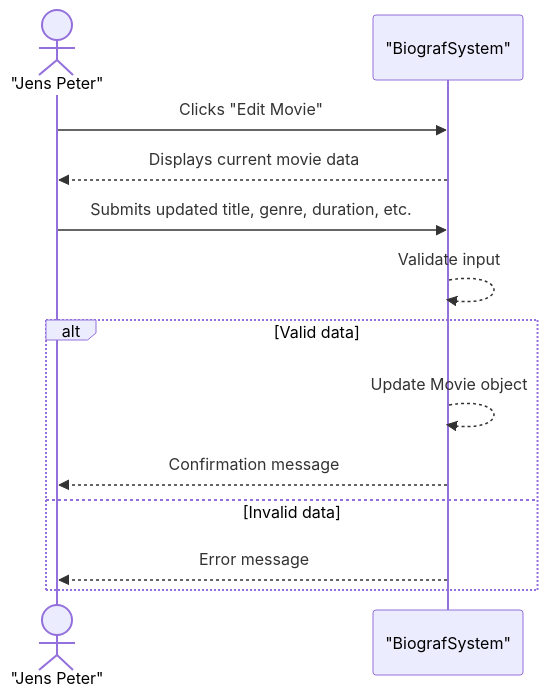
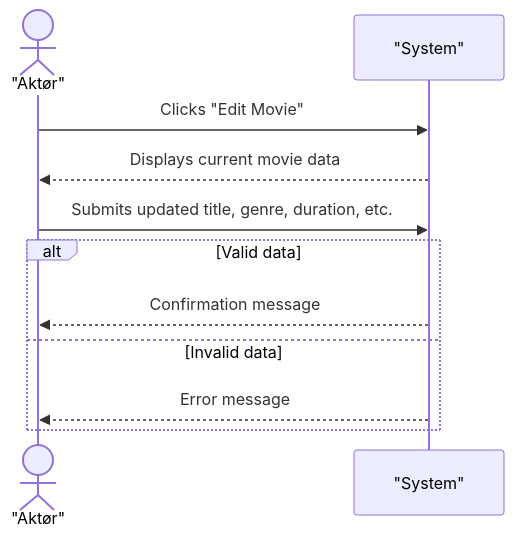
The diagram in docs/SSD S2 UC5.mmd (DMOoF25/TheMovie), drawn with Mermaid before and after one commit.

Commit message:
Update SSD S2 UC5.mmd

```diff
--- a/docs/SSD S2 UC5.mmd
+++ b/docs/SSD S2 UC5.mmd
@@ -1,15 +1,15 @@
 sequenceDiagram
-    actor JensPeter as "Jens Peter"
-    participant System as "BiografSystem"
+    actor JensPeter as "Aktør"
+    participant System as "System"
 
     JensPeter->>System: Clicks "Edit Movie"
     System-->>JensPeter: Displays current movie data
 
     JensPeter->>System: Submits updated title, genre, duration, etc.
-    System-->>System: Validate input
+    
     alt Valid data
-        System-->>System: Update Movie object
+        
         System-->>JensPeter: Confirmation message
     else Invalid data
         System-->>JensPeter: Error message
     end
```
